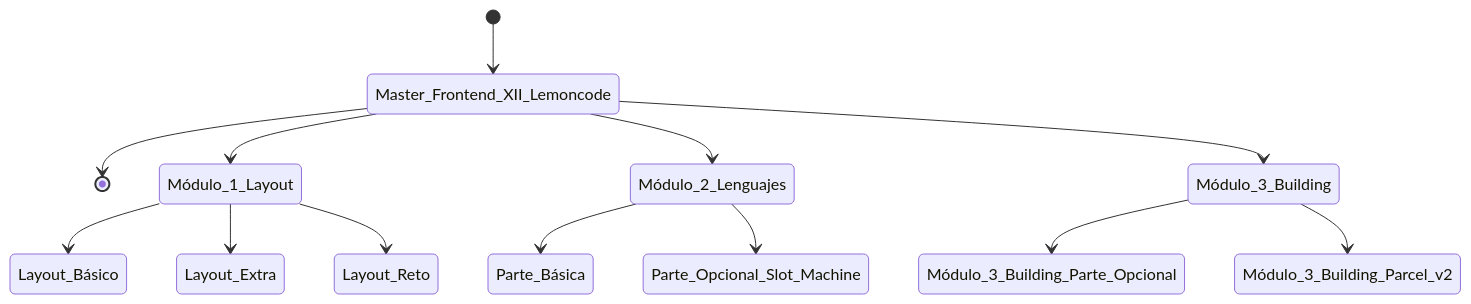
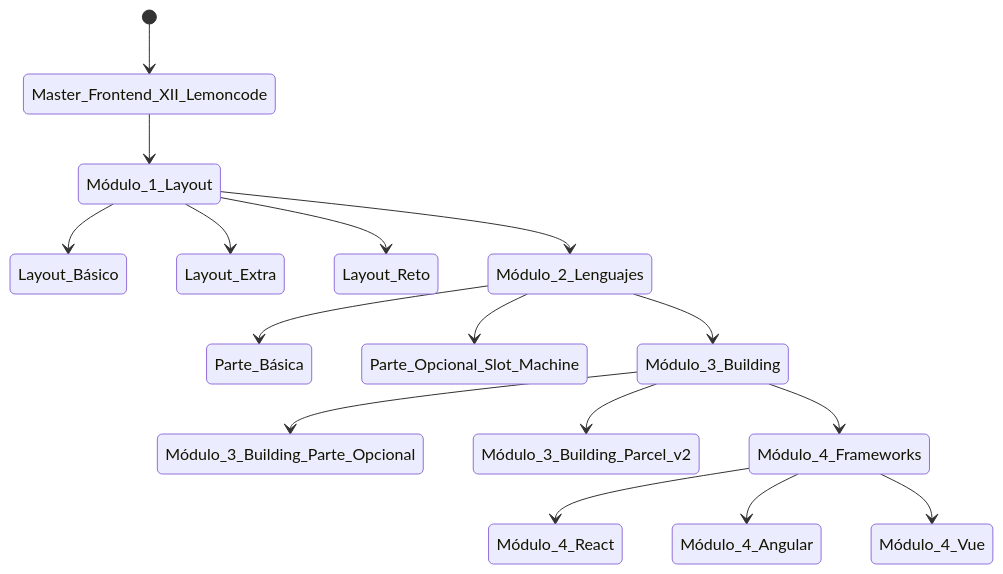
The diagram in README.md (MiguelJiRo/Master-Frontend-XII-Lemoncode), drawn with Mermaid before and after one commit.

````diff
--- a/README.md
+++ b/README.md
@@ -19,16 +19,18 @@
  ```mermaid
     stateDiagram
         [*] --> Master_Frontend_XII_Lemoncode
-        Master_Frontend_XII_Lemoncode --> [*]
-
         Master_Frontend_XII_Lemoncode --> Módulo_1_Layout
         Módulo_1_Layout --> Layout_Básico 
         Módulo_1_Layout --> Layout_Extra  
         Módulo_1_Layout --> Layout_Reto  
-        Master_Frontend_XII_Lemoncode --> Módulo_2_Lenguajes
+        Módulo_1_Layout --> Módulo_2_Lenguajes
         Módulo_2_Lenguajes --> Parte_Básica 
         Módulo_2_Lenguajes --> Parte_Opcional_Slot_Machine 
-        Master_Frontend_XII_Lemoncode --> Módulo_3_Building
+        Módulo_2_Lenguajes --> Módulo_3_Building
         Módulo_3_Building --> Módulo_3_Building_Parte_Opcional
         Módulo_3_Building --> Módulo_3_Building_Parcel_v2
+        Módulo_3_Building --> Módulo_4_Frameworks
+        Módulo_4_Frameworks --> Módulo_4_React
+        Módulo_4_Frameworks --> Módulo_4_Angular
+        Módulo_4_Frameworks --> Módulo_4_Vue
  ```
````
